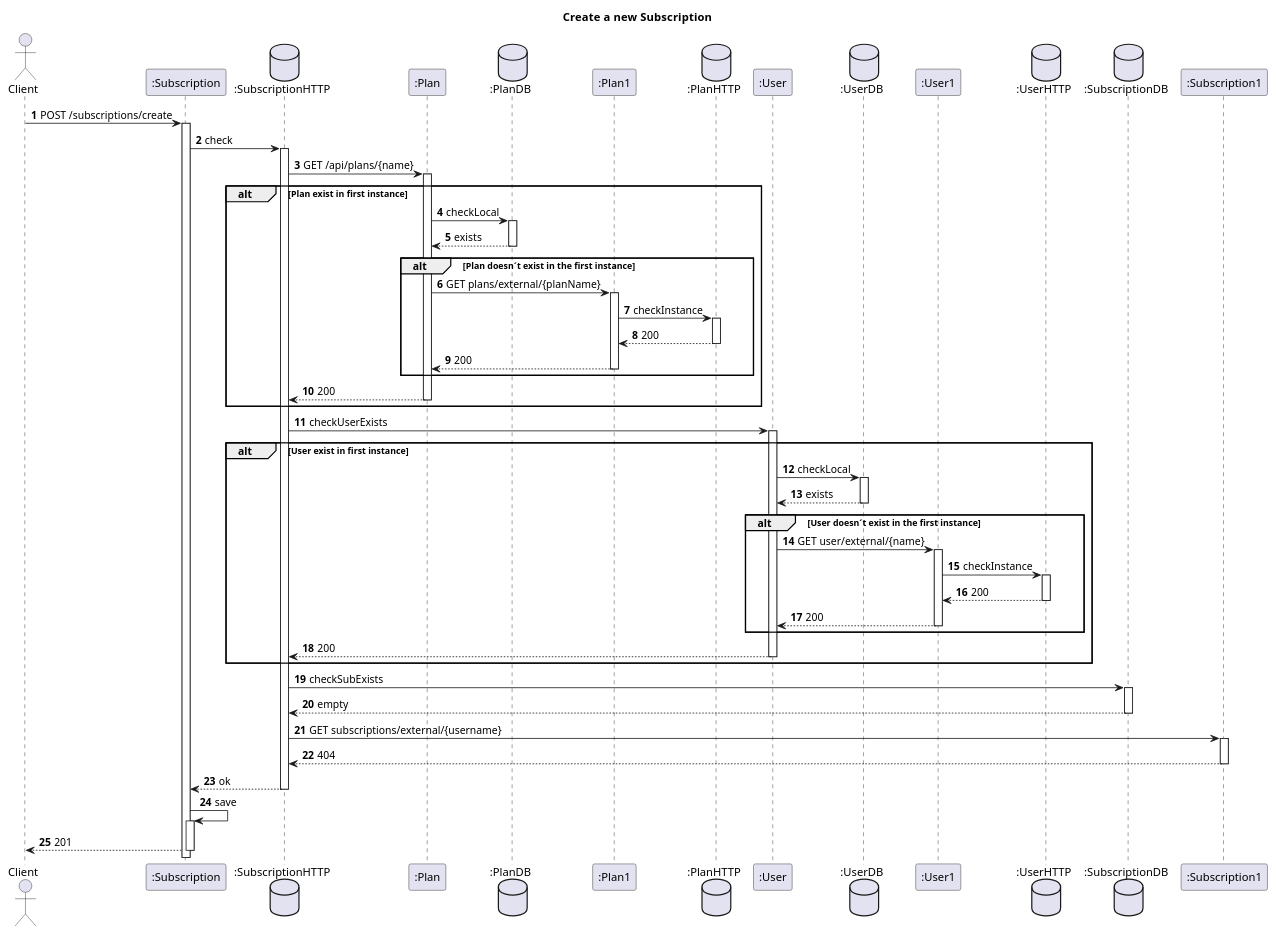
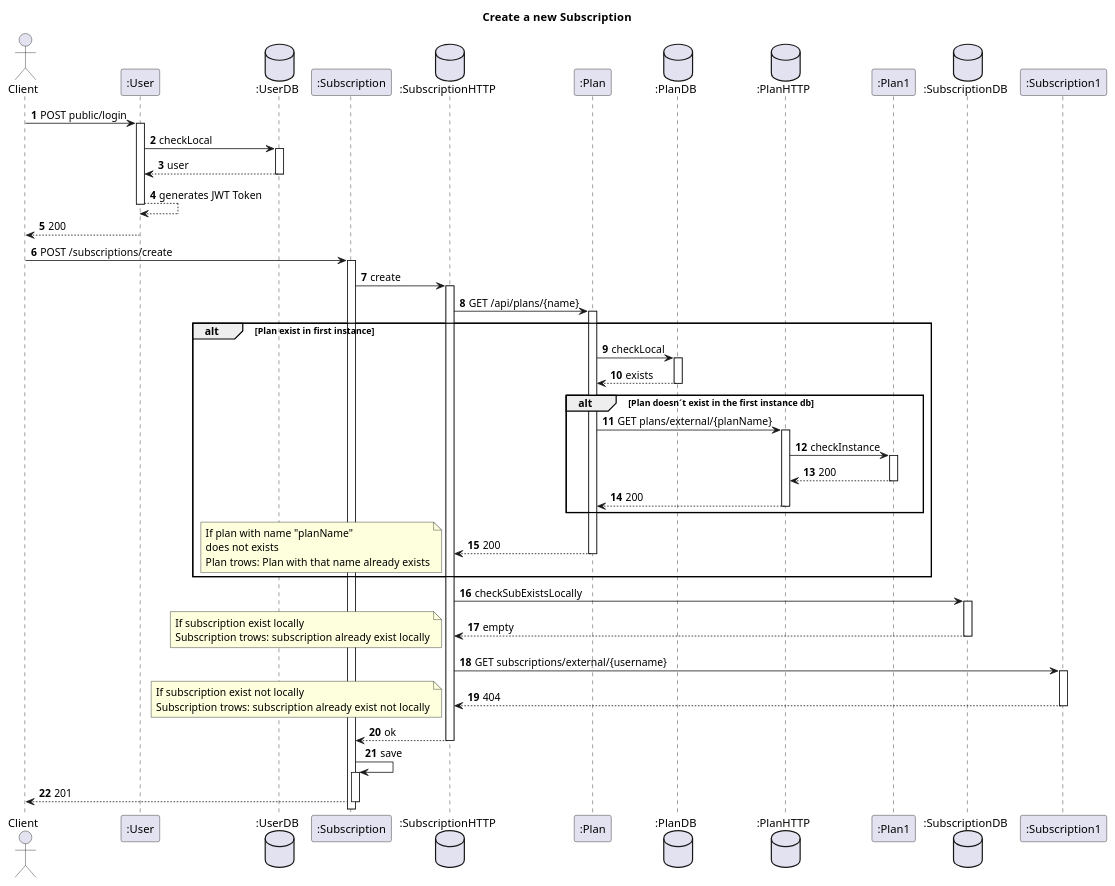
One commit to IsepMartimOliveira/SIDIS changed the diagram in docs_sidis/Subs/Vista Logica/N3/CreateSubscription.puml. Above: the diagram before and after it, drawn with PlantUML. The commit also changed 52 other files, not shown here.

```diff
--- a/docs_sidis/Subs/Vista Logica/N3/CreateSubscription.puml
+++ b/docs_sidis/Subs/Vista Logica/N3/CreateSubscription.puml
@@ -1,58 +1,68 @@
 @startuml
 'https://plantuml.com/sequence-diagram
 autoactivate on
 autonumber
 title  Create  a new Subscription
 
 autonumber
 
 actor "Client" as Ac
+
+participant ":User" as User
+database ":UserDB" as Udb
+
 participant ":Subscription" as Auth
 database ":SubscriptionHTTP" as SHTTP
 participant ":Plan" as Plan
 database ":PlanDB" as PDB
+database ":PlanHTTP" as PHTTP
 participant ":Plan1" as Plan1
-database ":PlanHTTP" as PHTTP
-participant ":User" as User
-database ":UserDB" as UDB
-participant ":User1" as User1
-database ":UserHTTP" as UHTTP
+
 database ":SubscriptionDB" as SDB
 participant ":Subscription1" as Serv
 
 
+Ac->User: POST public/login
+User->Udb:checkLocal
+Udb-->User:user
+User-->User:generates JWT Token
+User-->Ac:200
+
 Ac->Auth: POST /subscriptions/create
-Auth->SHTTP: check
+Auth->SHTTP: create
 SHTTP->Plan:GET /api/plans/{name}
 alt Plan exist in first instance
 Plan->PDB:checkLocal
+
 PDB-->Plan:exists
-alt Plan doesn´t exist in the first instance
-Plan->Plan1:GET plans/external/{planName}
-Plan1->PHTTP:checkInstance
-PHTTP-->Plan1:200
-Plan1-->Plan:200
+alt Plan doesn´t exist in the first instance db
+Plan->PHTTP:GET plans/external/{planName}
+PHTTP->Plan1:checkInstance
+Plan1-->PHTTP:200
+PHTTP-->Plan:200
 end
 Plan-->SHTTP:200
+note left
+If plan with name "planName"
+does not exists
+Plan trows: Plan with that name already exists
+end note
 end
-SHTTP->User:checkUserExists
-alt User exist in first instance
-User->UDB:checkLocal
-UDB-->User:exists
-alt User doesn´t exist in the first instance
-User->User1:GET user/external/{name}
-User1->UHTTP:checkInstance
-UHTTP-->User1:200
-User1-->User:200
-end
-User-->SHTTP:200
 
-end
-SHTTP->SDB:checkSubExists
+SHTTP->SDB:checkSubExistsLocally
 SDB-->SHTTP:empty
+note left
+If subscription exist locally
+Subscription trows: subscription already exist locally
+end note
 SHTTP->Serv:GET subscriptions/external/{username}
 Serv-->SHTTP:404
+note left
+If subscription exist not locally
+Subscription trows: subscription already exist not locally
+end note
+
 SHTTP-->Auth:ok
 Auth->Auth:save
 Auth-->Ac:201
 @enduml
```
